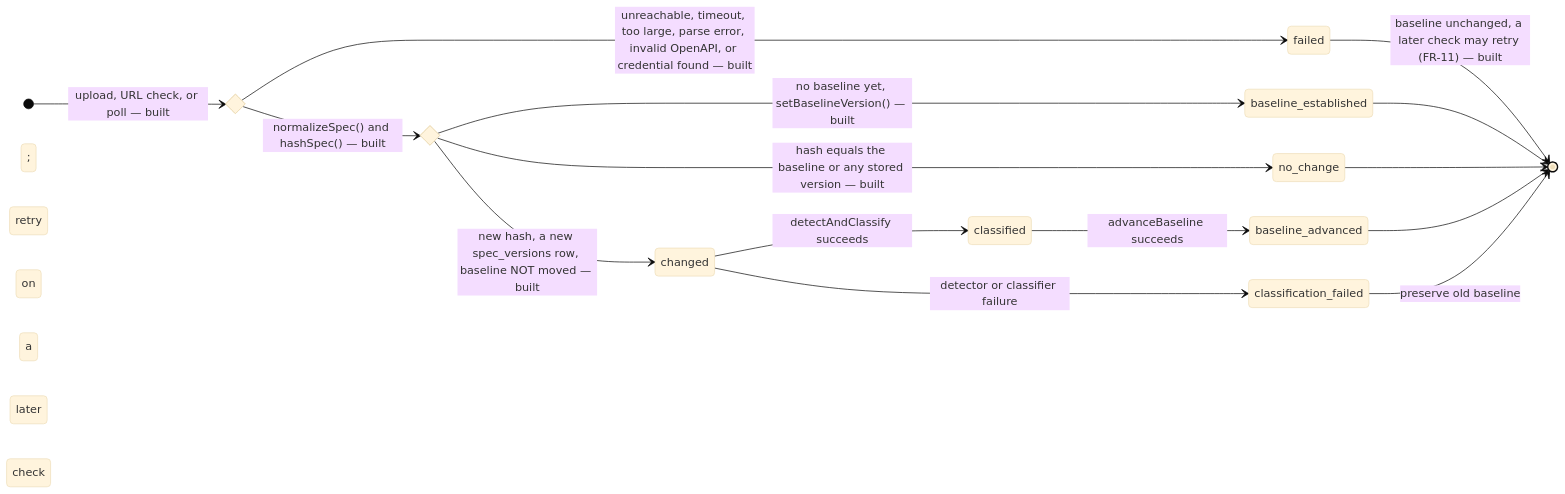
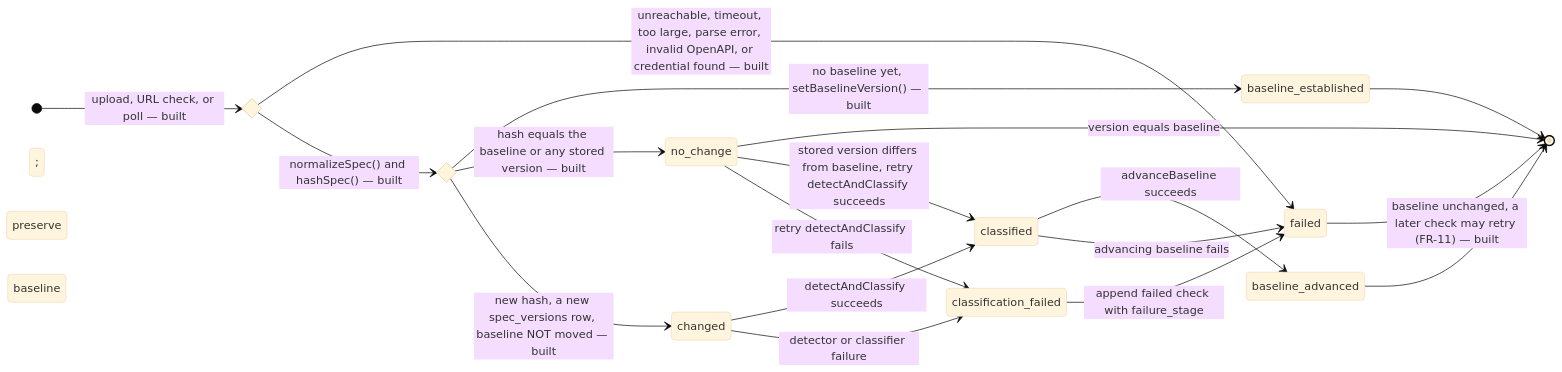
The second of 3 diagrams in docs/diagrams/statecharts.md (Bigyan1313/self_maintaining_api), drawn with Mermaid (base theme) before and after one commit. The commit also changed other lines of this file and 5 other files, not shown here.

````diff
--- a/docs/diagrams/statecharts.md
+++ b/docs/diagrams/statecharts.md
@@ -95,20 +99,23 @@
 ```mermaid
 stateDiagram-v2
   direction LR
   state retrieve_and_parse <<choice>>
   state compare_hash <<choice>>
   [*] --> retrieve_and_parse : upload, URL check, or poll — built
   retrieve_and_parse --> failed : unreachable, timeout, too large, parse error, invalid OpenAPI, or credential found — built
   retrieve_and_parse --> compare_hash : normalizeSpec() and hashSpec() — built
   compare_hash --> baseline_established : no baseline yet, setBaselineVersion() — built
   compare_hash --> no_change : hash equals the baseline or any stored version — built
   compare_hash --> changed : new hash, a new spec_versions row, baseline NOT moved — built
   failed --> [*] : baseline unchanged, a later check may retry (FR-11) — built
   baseline_established --> [*]
-  no_change --> [*]
+  no_change --> [*] : version equals baseline
+  no_change --> classified : stored version differs from baseline, retry detectAndClassify succeeds
+  no_change --> classification_failed : retry detectAndClassify fails
   changed --> classified : detectAndClassify succeeds
   classified --> baseline_advanced : advanceBaseline succeeds
   baseline_advanced --> [*]
   changed --> classification_failed : detector or classifier failure
-  classification_failed --> [*] : preserve old baseline; retry on a later check
+  classification_failed --> failed : append failed check with failure_stage; preserve baseline
+  classified --> failed : advancing baseline fails
 ```
````
